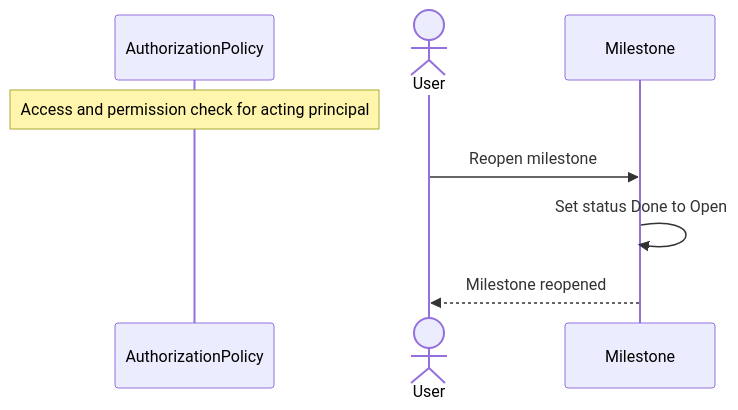
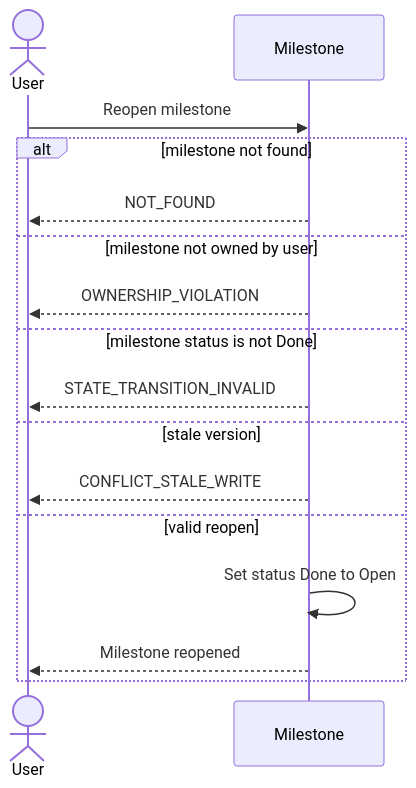
One commit to ChidiRnweke/margin changed the tenth of 13 diagrams in architecture/sequence-diagrams/02-aspects-milestones.md. Above: the diagram before and after it, drawn with Mermaid. The commit also changed other lines of this file and 12 other files, not shown here.

Commit message:
Enhance sequence diagrams and introduce traceability matrix

````diff
--- a/architecture/sequence-diagrams/02-aspects-milestones.md
+++ b/architecture/sequence-diagrams/02-aspects-milestones.md
@@ -154,10 +209,18 @@
 ```mermaid
 sequenceDiagram
-    participant G as AuthorizationPolicy
-    Note over G: Access and permission check for acting principal
     actor U as User
     participant M as Milestone
     U->>M: Reopen milestone
-    M->>M: Set status Done to Open
-    M-->>U: Milestone reopened
+    alt milestone not found
+        M-->>U: NOT_FOUND
+    else milestone not owned by user
+        M-->>U: OWNERSHIP_VIOLATION
+    else milestone status is not Done
+        M-->>U: STATE_TRANSITION_INVALID
+    else stale version
+        M-->>U: CONFLICT_STALE_WRITE
+    else valid reopen
+        M->>M: Set status Done to Open
+        M-->>U: Milestone reopened
+    end
 ```
````
